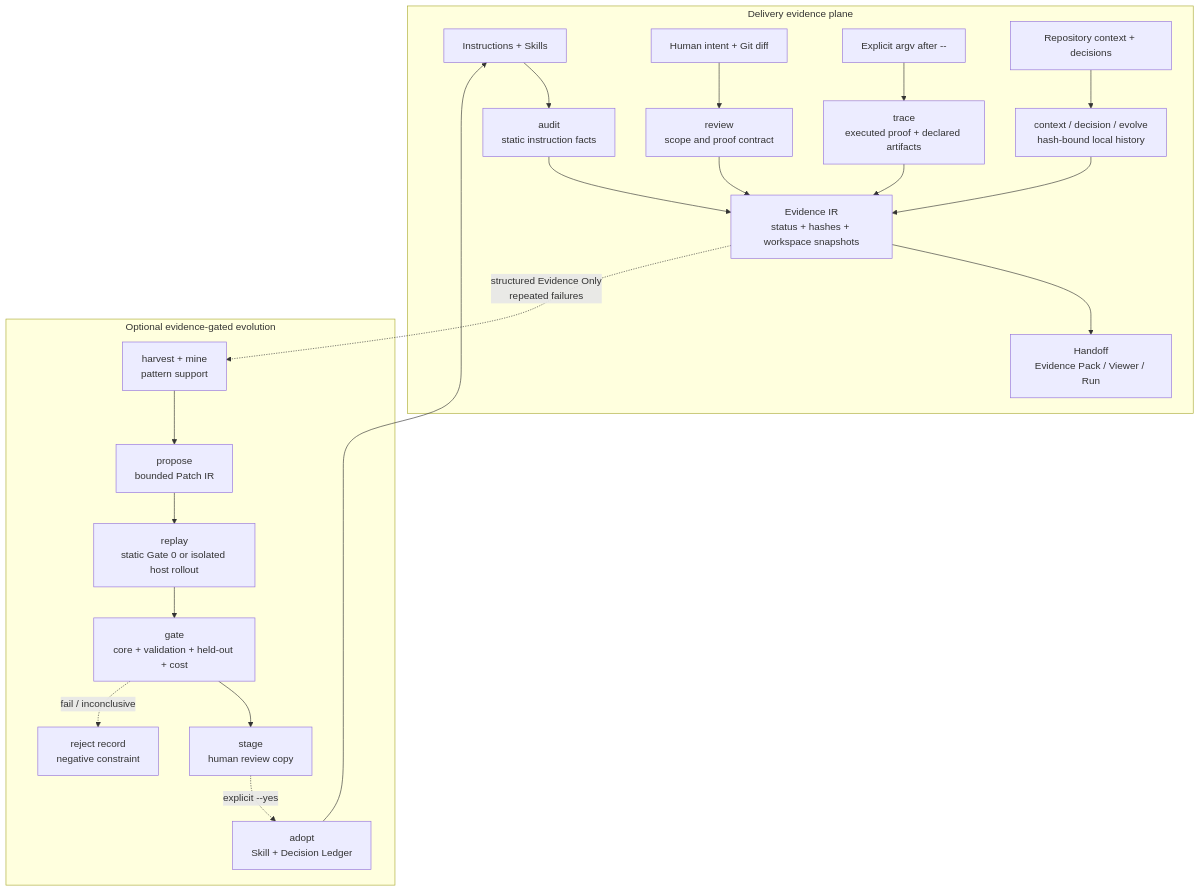
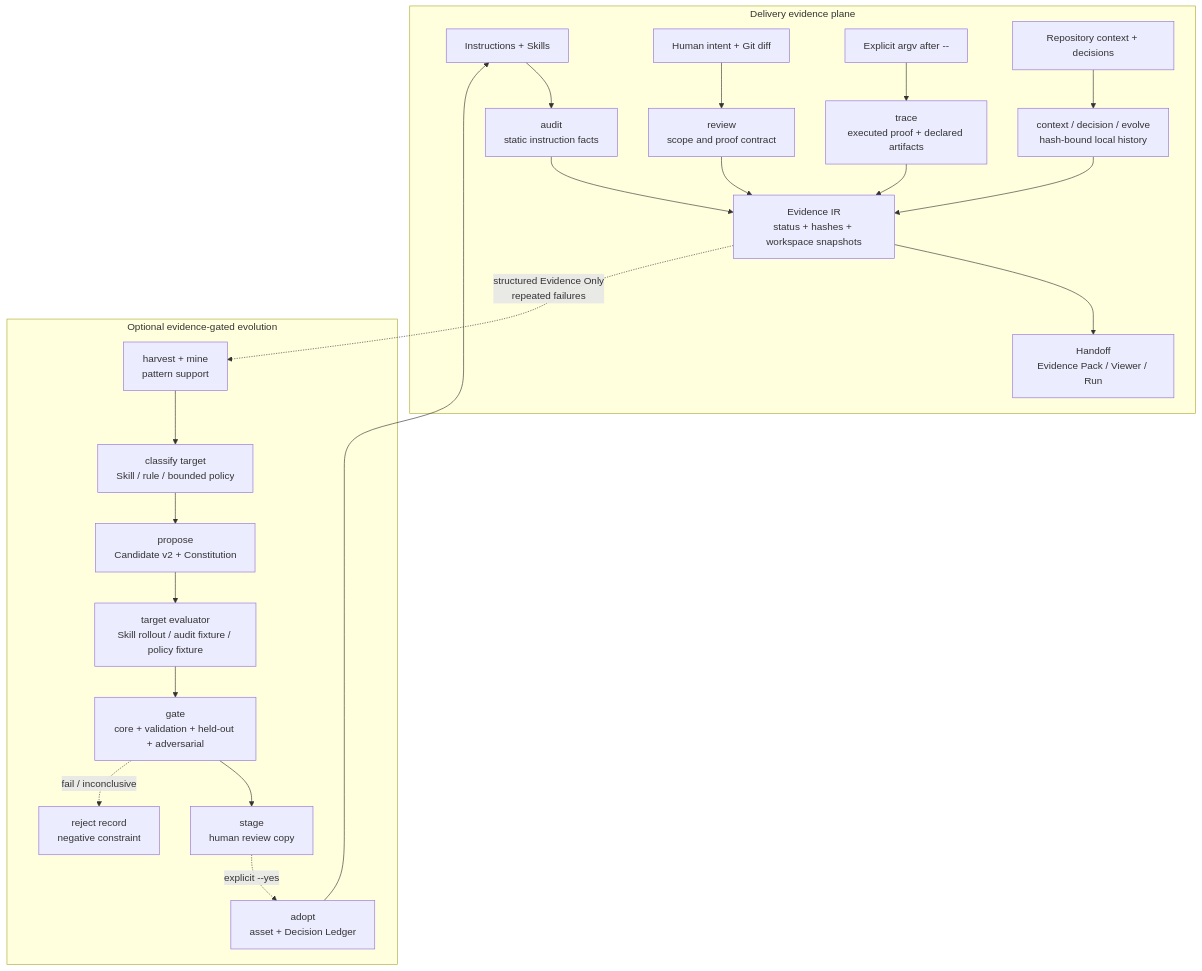
The diagram in README.md (AdvancingTitans/agent-engineering-toolkit), drawn with Mermaid before and after one commit. The commit also changed other lines of this file and 71 other files, not shown here.

````diff
--- a/README.md
+++ b/README.md
@@ -130,26 +130,27 @@
 ```mermaid
 flowchart TB
   subgraph delivery["Delivery evidence plane"]
     A["Instructions + Skills"] --> B["audit\nstatic instruction facts"]
     C["Human intent + Git diff"] --> D["review\nscope and proof contract"]
     E["Explicit argv after --"] --> F["trace\nexecuted proof + declared artifacts"]
     G["Repository context + decisions"] --> H["context / decision / evolve\nhash-bound local history"]
     B --> I["Evidence IR\nstatus + hashes + workspace snapshots"]
     D --> I
     F --> I
     H --> I
     I --> J["Handoff\nEvidence Pack / Viewer / Run"]
   end
 
   subgraph learning["Optional evidence-gated evolution"]
     I -. "structured Evidence Only\nrepeated failures" .-> K["harvest + mine\npattern support"]
-    K --> L["propose\nbounded Patch IR"]
-    L --> M["replay\nstatic Gate 0 or isolated host rollout"]
-    M --> N["gate\ncore + validation + held-out + cost"]
+    K --> L["classify target\nSkill / rule / bounded policy"]
+    L --> M["propose\nCandidate v2 + Constitution"]
+    M --> R["target evaluator\nSkill rollout / audit fixture / policy fixture"]
+    R --> N["gate\ncore + validation + held-out + adversarial"]
     N --> O["stage\nhuman review copy"]
-    O -. "explicit --yes" .-> P["adopt\nSkill + Decision Ledger"]
+    O -. "explicit --yes" .-> P["adopt\nasset + Decision Ledger"]
     N -. "fail / inconclusive" .-> Q["reject record\nnegative constraint"]
   end
 
   P --> A
 ```
````
